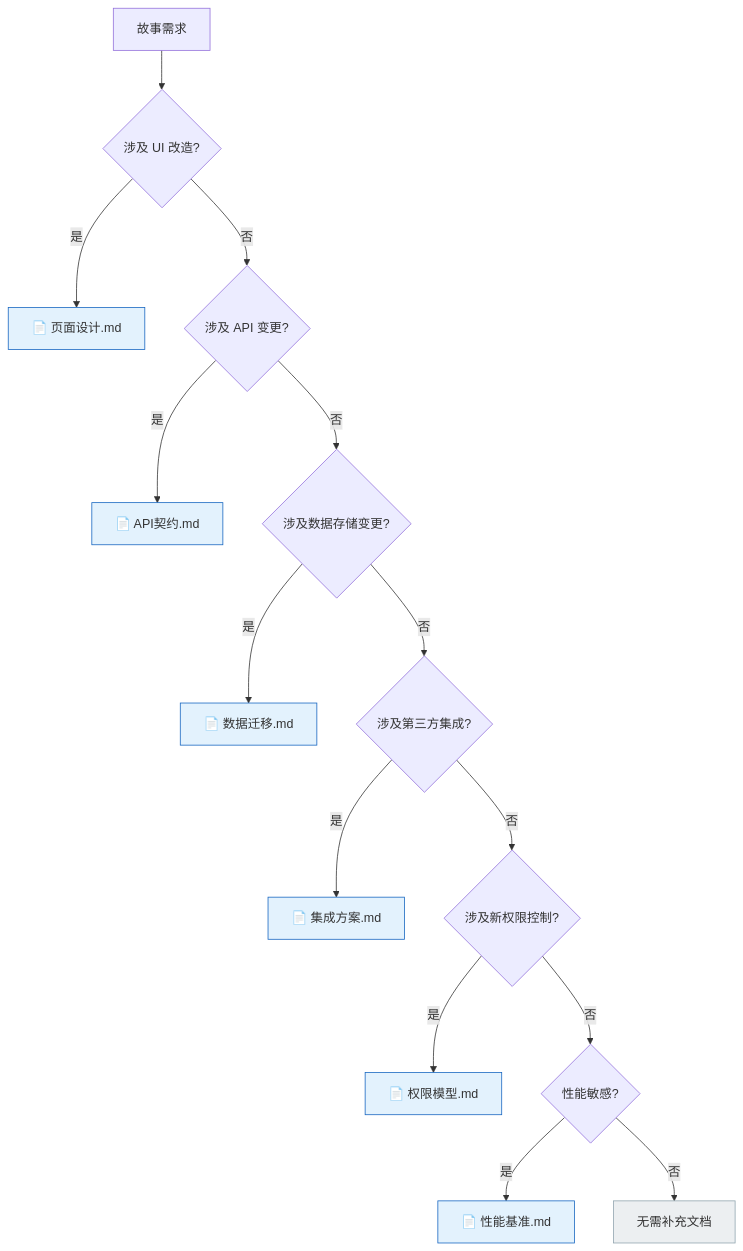
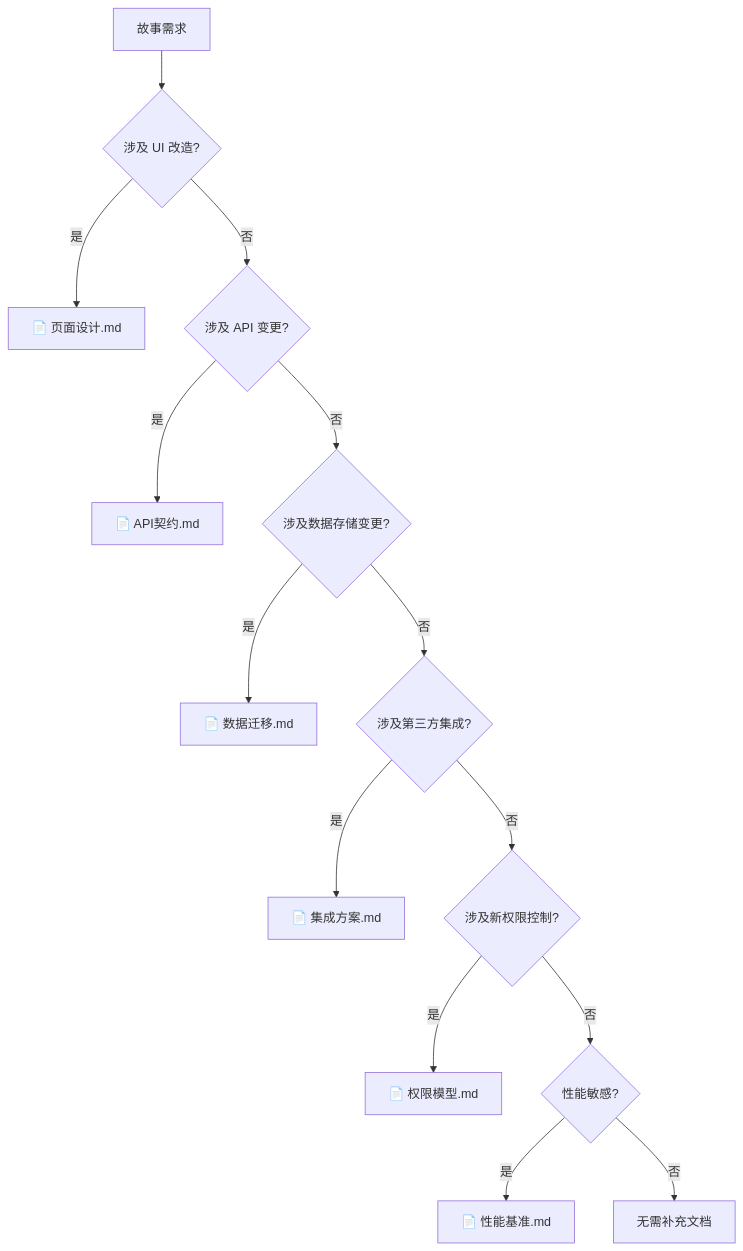
One commit to effiy/YrY changed the ninth of 11 diagrams in rules/doc-generation.md. Above: the diagram before and after it, drawn with Mermaid. The commit also changed other lines of this file and 61 other files, not shown here.

````diff
--- a/rules/doc-generation.md
+++ b/rules/doc-generation.md
@@ -400,19 +379,17 @@
 ```mermaid
 flowchart TD
     STORY["故事需求"] --> Q1{"涉及 UI 改造?"}
     Q1 -->|"是"| D1["📄 页面设计.md"]:::doc
     Q1 -->|"否"| Q2{"涉及 API 变更?"}
     Q2 -->|"是"| D2["📄 API契约.md"]:::doc
     Q2 -->|"否"| Q3{"涉及数据存储变更?"}
     Q3 -->|"是"| D3["📄 数据迁移.md"]:::doc
     Q3 -->|"否"| Q4{"涉及第三方集成?"}
     Q4 -->|"是"| D4["📄 集成方案.md"]:::doc
     Q4 -->|"否"| Q5{"涉及新权限控制?"}
     Q5 -->|"是"| D5["📄 权限模型.md"]:::doc
     Q5 -->|"否"| Q6{"性能敏感?"}
     Q6 -->|"是"| D6["📄 性能基准.md"]:::doc
     Q6 -->|"否"| NONE["无需补充文档"]:::none
 
-    classDef doc fill:#e3f2fd,stroke:#1565c0;
-    classDef none fill:#eceff1,stroke:#90a4ae;
 ```
````
